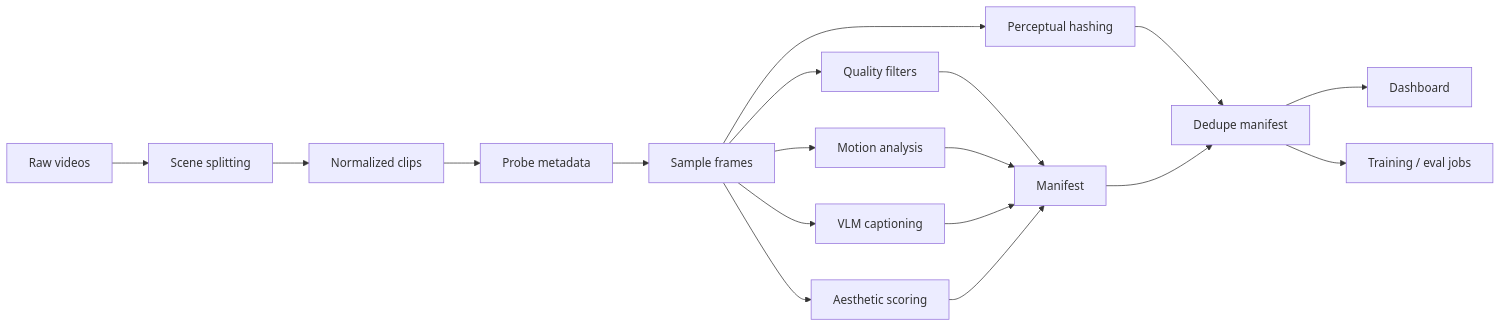
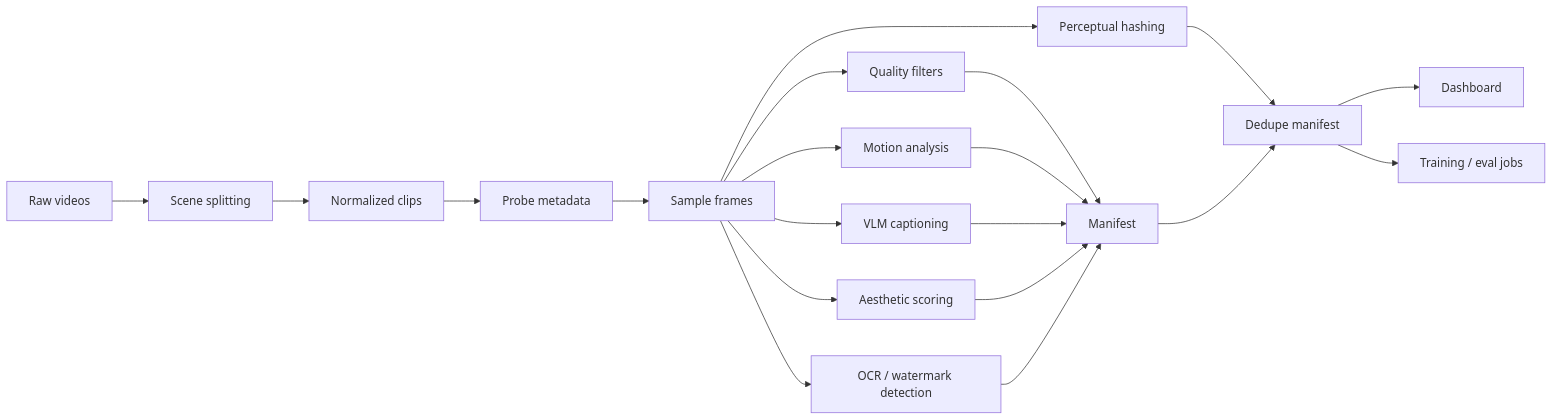
The diagram in README.md (karatarassul4-max/video-dataset-factory), drawn with Mermaid before and after one commit. The commit also changed other lines of this file, not shown here.

Commit message:
Document OCR and LAION quality backends

````diff
--- a/README.md
+++ b/README.md
@@ -69,20 +71,22 @@
 ```mermaid
 flowchart LR
     A[Raw videos] --> B[Scene splitting]
     B --> C[Normalized clips]
     C --> D[Probe metadata]
     D --> E[Sample frames]
     E --> F[Quality filters]
     E --> G[Motion analysis]
     E --> H[VLM captioning]
     E --> L[Aesthetic scoring]
     E --> M[Perceptual hashing]
+    E --> O[OCR / watermark detection]
     F --> I[Manifest]
     G --> I
     H --> I
     L --> I
     M --> N[Dedupe manifest]
+    O --> I
     I --> N
     N --> J[Dashboard]
     N --> K[Training / eval jobs]
 ```
````
